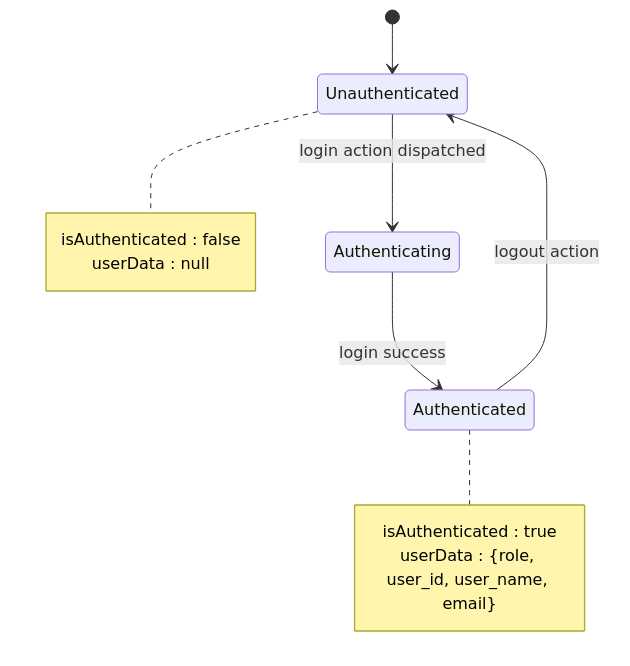
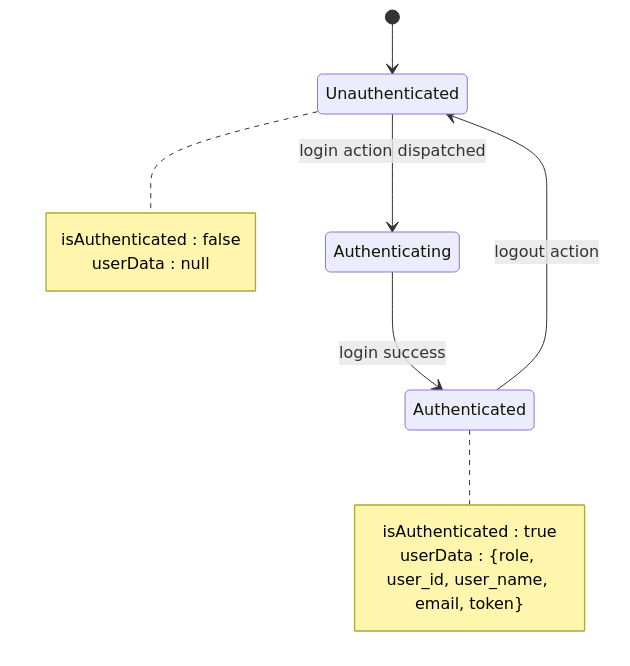
One commit to Aryan9060/Timetable-Project changed the sixth of 14 diagrams in .qoder/repowiki/en/content/Authentication & Authorization/Login Page Implementation.md. Above: the diagram before and after it, drawn with Mermaid. The commit also changed other lines of this file and 21 other files, not shown here.

````diff
--- a/.qoder/repowiki/en/content/Authentication & Authorization/Login Page Implementation.md
+++ b/.qoder/repowiki/en/content/Authentication & Authorization/Login Page Implementation.md
@@ -234,15 +272,15 @@
 ```mermaid
 stateDiagram-v2
 [*] --> Unauthenticated
 Unauthenticated --> Authenticating : login action dispatched
 Authenticating --> Authenticated : login success
 Authenticated --> Unauthenticated : logout action
 note right of Unauthenticated
 isAuthenticated : false
 userData : null
 end note
 note right of Authenticated
 isAuthenticated : true
-userData : {role, user_id, user_name, email}
+userData : {role, user_id, user_name, email, token}
 end note
 ```
````
